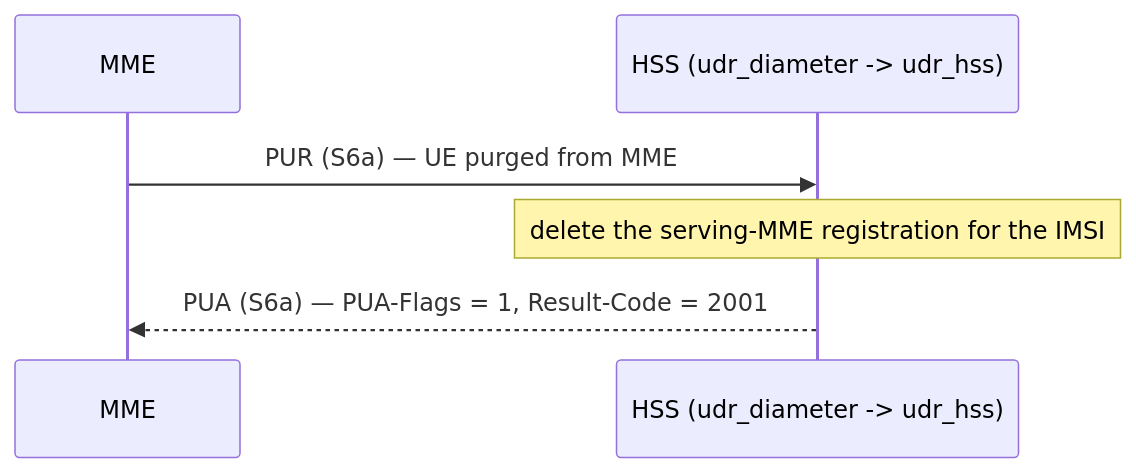
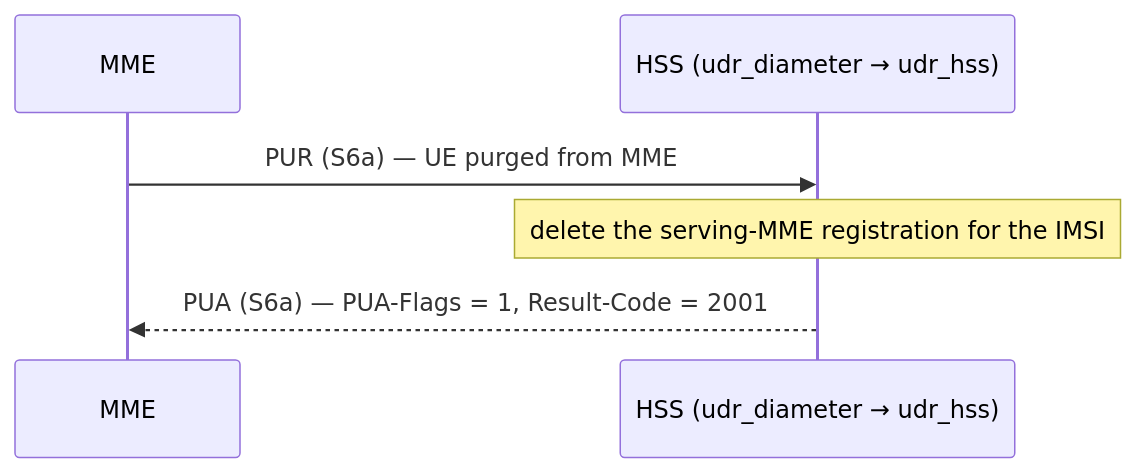
One commit to next-nf/udr changed the fourth of 6 diagrams in docs/manual/diagrams/README.md. Above: the diagram before and after it, drawn with Mermaid. The commit also changed other lines of this file and 4 other files, not shown here.

First line of the commit message:
docs(manual): fix Mermaid diagrams not rendering on GitHub

````diff
--- a/docs/manual/diagrams/README.md
+++ b/docs/manual/diagrams/README.md
@@ -135,8 +135,8 @@
 ```mermaid
 sequenceDiagram
     participant MME
-    participant HSS as HSS (udr_diameter -> udr_hss)
+    participant HSS as HSS (udr_diameter → udr_hss)
     MME->>HSS: PUR (S6a) — UE purged from MME
     Note over HSS: delete the serving-MME registration for the IMSI
     HSS-->>MME: PUA (S6a) — PUA-Flags = 1, Result-Code = 2001
 ```
````
